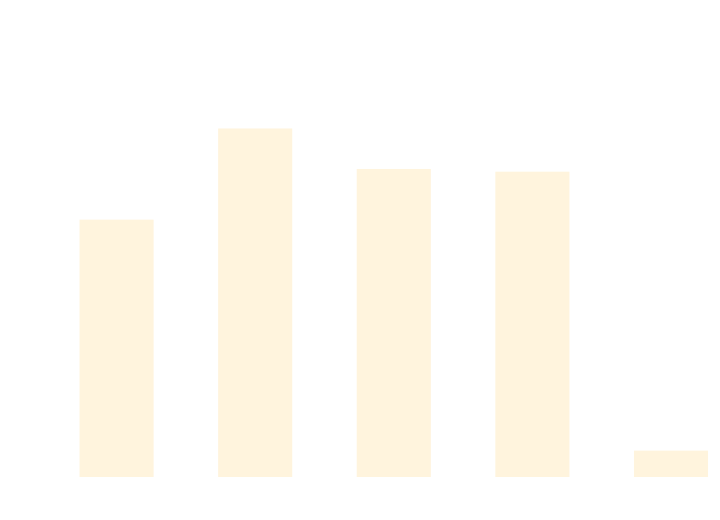
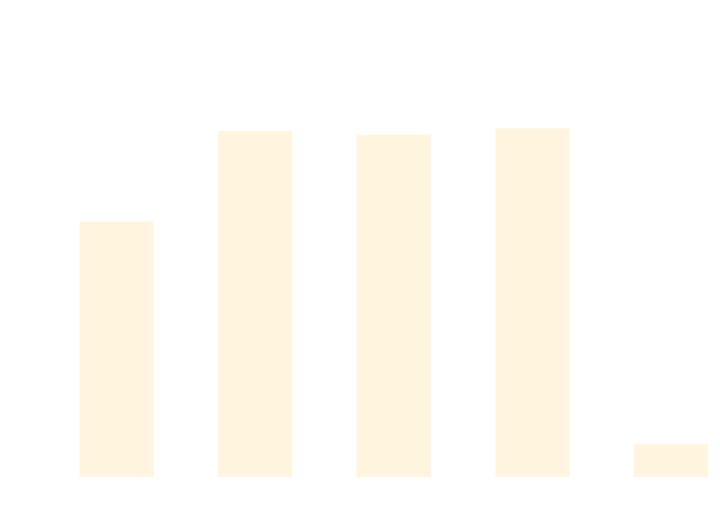
One commit to thomhurst/TUnit changed the diagram in docs/docs/benchmarks/ScaleTests.md. Above: the diagram before and after it, drawn with Mermaid. The commit also changed other lines of this file and 17 other files, not shown here.

````diff
--- a/docs/docs/benchmarks/ScaleTests.md
+++ b/docs/docs/benchmarks/ScaleTests.md
@@ -27,37 +27,37 @@
 ```mermaid
 %%{init: {
   'theme':'base',
   'themeVariables': {
     'primaryColor': '#2563eb',
     'primaryTextColor': '#ffffff',
     'primaryBorderColor': '#1e40af',
     'lineColor': '#6b7280',
     'secondaryColor': '#7c3aed',
     'tertiaryColor': '#dc2626',
     'background': '#ffffff',
     'mainBkg': '#2563eb',
     'secondBkg': '#7c3aed',
     'tertiaryBkg': '#dc2626',
     'clusterBkg': '#f3f4f6',
     'edgeLabelBackground': '#ffffff',
     'tertiaryTextColor': '#1f2937',
     'pie1': '#2563eb',
     'pie2': '#7c3aed',
     'pie3': '#dc2626',
     'pie4': '#f59e0b',
     'pie5': '#10b981',
     'pie6': '#06b6d4',
     'pie7': '#ec4899',
     'pie8': '#6366f1',
     'pie9': '#84cc16',
     'pie10': '#f97316',
     'pie11': '#14b8a6',
     'pie12': '#a855f7'
   }
 }}%%
 xychart-beta
   title "ScaleTests Performance Comparison"
   x-axis ["TUnit", "NUnit", "MSTest", "xUnit3", "TUnit_AOT"]
-  y-axis "Time (ms)" 0 --> 854
-  bar [520.66, 711, 626.47, 620.8, 38.41]
+  y-axis "Time (ms)" 0 --> 801
+  bar [484.58, 661.82, 654.74, 666.87, 48.52]
 ```
````
